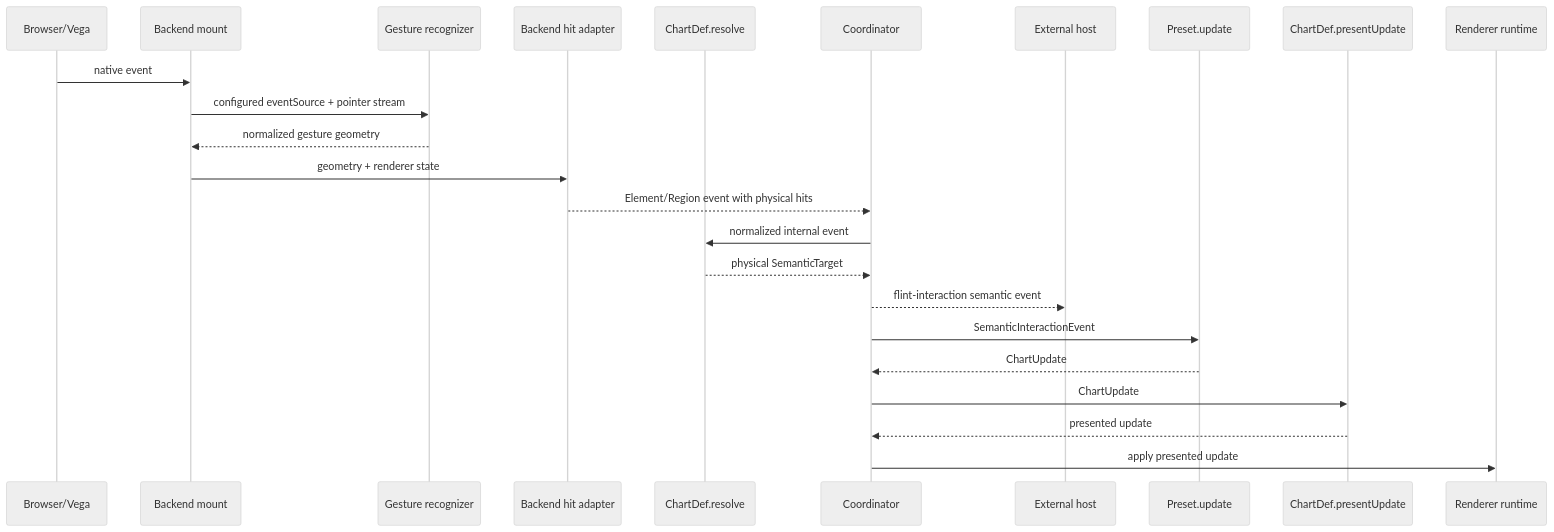
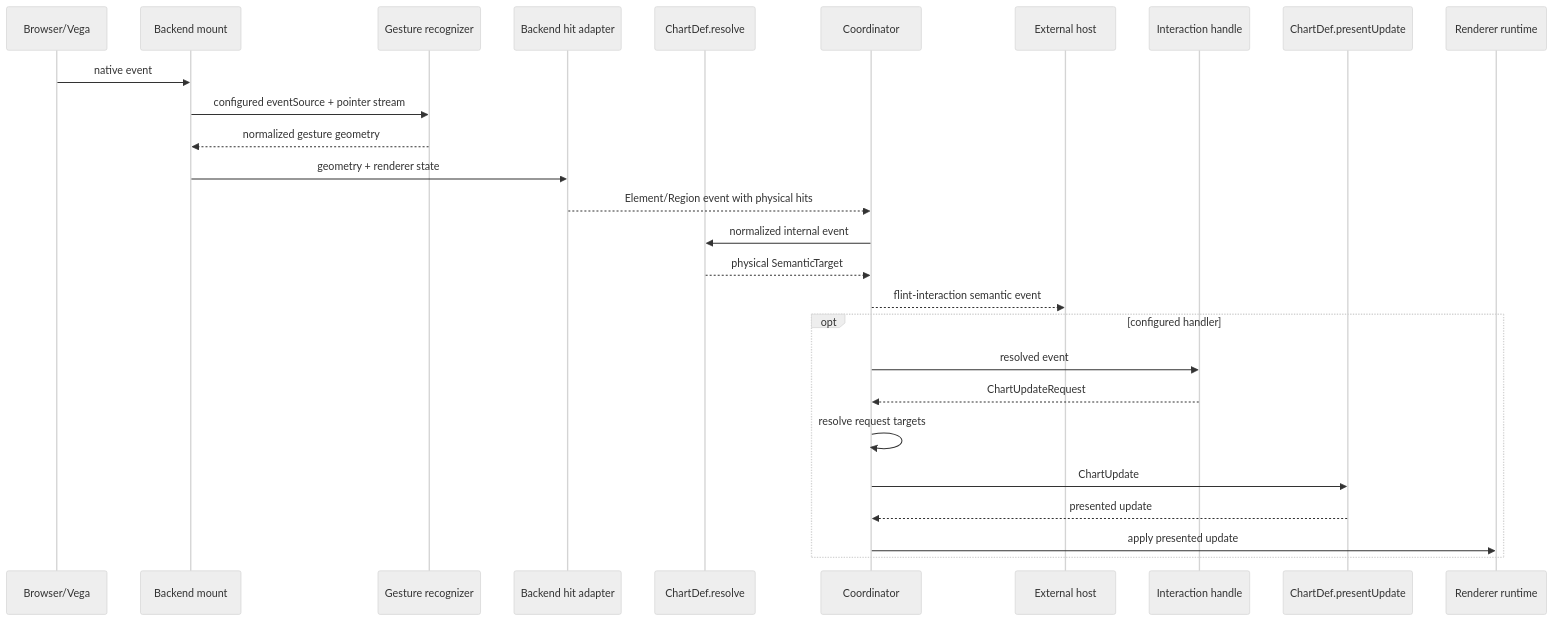
Before and after one commit to microsoft/flint-chart: the second of 5 diagrams in packages/flint-js/src/interactive/README.md, drawn with Mermaid (neutral theme). The commit also changed other lines of this file and 73 other files, not shown here.

````diff
--- a/packages/flint-js/src/interactive/README.md
+++ b/packages/flint-js/src/interactive/README.md
@@ -58,27 +169,30 @@
 ```mermaid
 sequenceDiagram
     participant Browser as Browser/Vega
     participant Mount as Backend mount
     participant Gesture as Gesture recognizer
     participant Hits as Backend hit adapter
     participant ChartDef as ChartDef.resolve
     participant Coordinator
     participant Host as External host
-    participant Preset as Preset.update
+    participant Handler as Interaction handle
     participant Present as ChartDef.presentUpdate
     participant Runtime as Renderer runtime
 
     Browser->>Mount: native event
     Mount->>Gesture: configured eventSource + pointer stream
     Gesture-->>Mount: normalized gesture geometry
     Mount->>Hits: geometry + renderer state
     Hits-->>Coordinator: Element/Region event with physical hits
     Coordinator->>ChartDef: normalized internal event
     ChartDef-->>Coordinator: physical SemanticTarget
     Coordinator-->>Host: flint-interaction semantic event
-    Coordinator->>Preset: SemanticInteractionEvent
-    Preset-->>Coordinator: ChartUpdate
-    Coordinator->>Present: ChartUpdate
-    Present-->>Coordinator: presented update
-    Coordinator->>Runtime: apply presented update
+    opt configured handler
+        Coordinator->>Handler: resolved event
+        Handler-->>Coordinator: ChartUpdateRequest
+        Coordinator->>Coordinator: resolve request targets
+        Coordinator->>Present: ChartUpdate
+        Present-->>Coordinator: presented update
+        Coordinator->>Runtime: apply presented update
+    end
 ```
````
